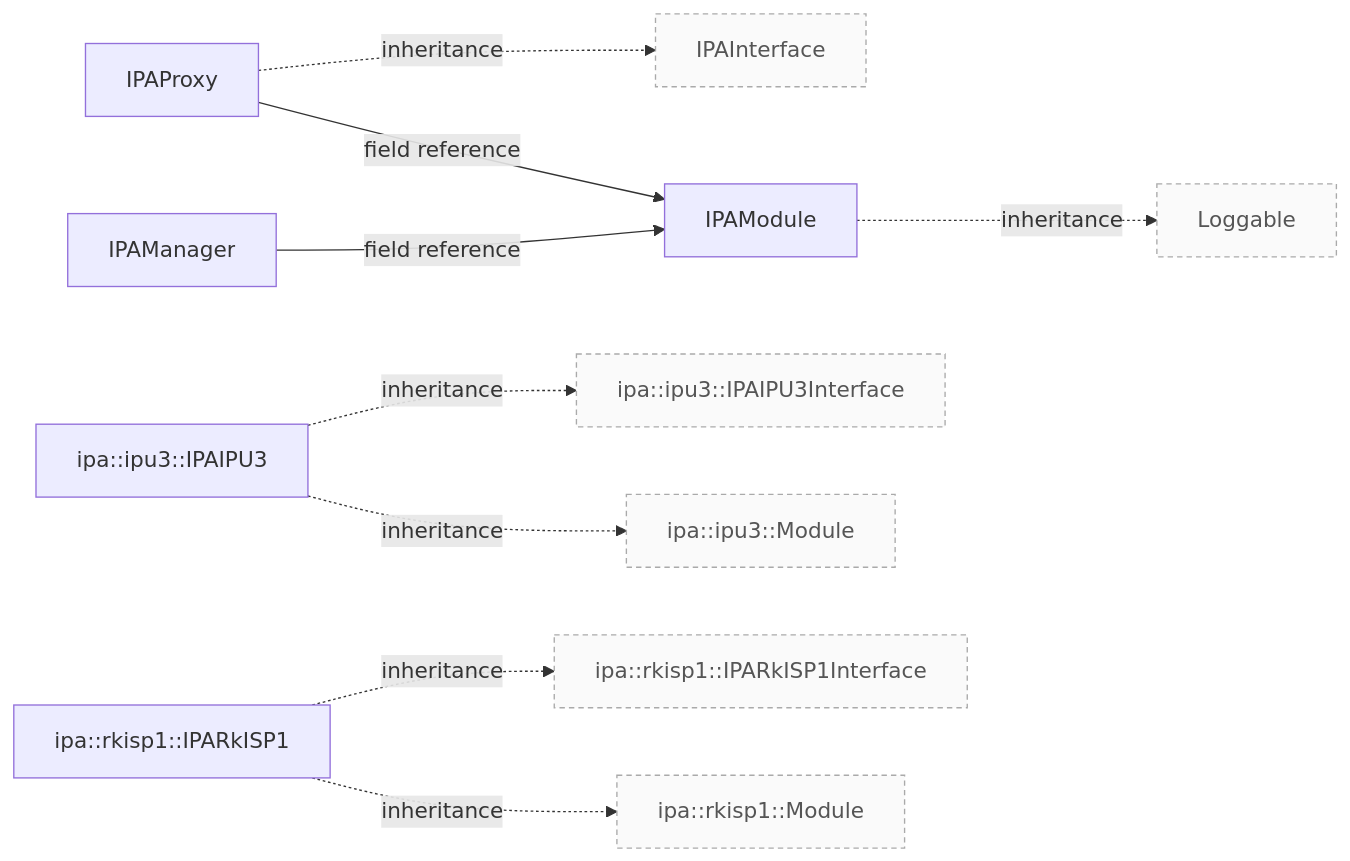
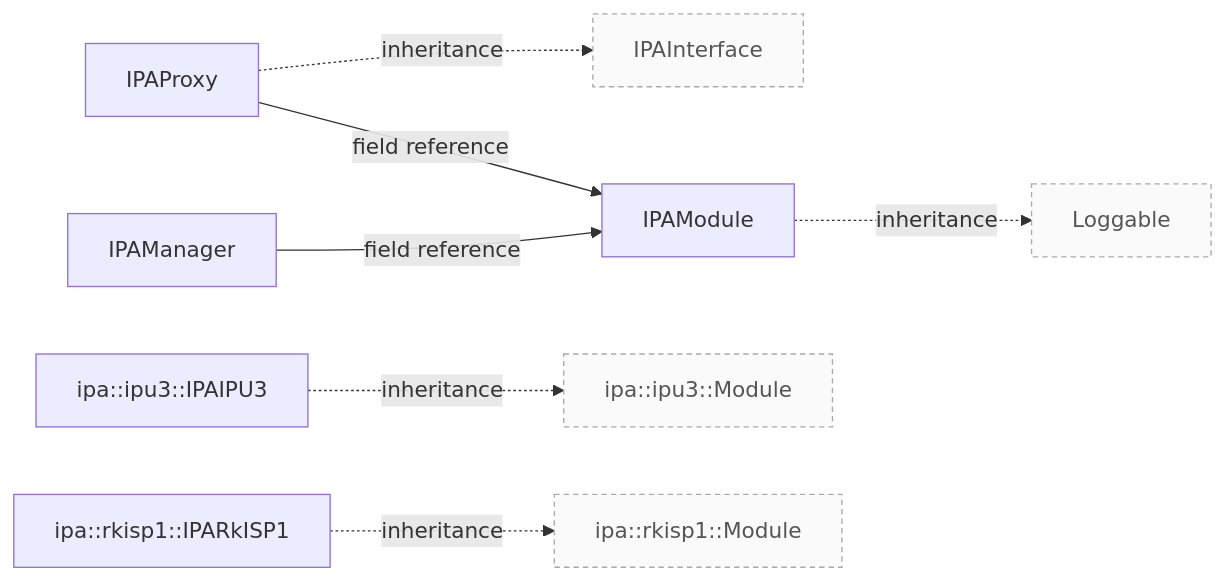
The diagram in docs/en/ipa.mmd (TTolsun/libcamera-sdd), drawn with Mermaid before and after one commit. The commit also changed 302 other files, not shown here.

```diff
--- a/docs/en/ipa.mmd
+++ b/docs/en/ipa.mmd
@@ -1,21 +1,17 @@
 flowchart LR
   c0["IPAInterface"]:::context
   c1["IPAManager"]
   c2["IPAModule"]
   c3["IPAProxy"]
   c4["Loggable"]:::context
   c5["ipa::ipu3::IPAIPU3"]
-  c6["ipa::ipu3::IPAIPU3Interface"]:::context
-  c7["ipa::ipu3::Module"]:::context
-  c8["ipa::rkisp1::IPARkISP1"]
-  c9["ipa::rkisp1::IPARkISP1Interface"]:::context
-  c10["ipa::rkisp1::Module"]:::context
+  c6["ipa::ipu3::Module"]:::context
+  c7["ipa::rkisp1::IPARkISP1"]
+  c8["ipa::rkisp1::Module"]:::context
   c1 -->|field reference| c2
   c2 -.->|inheritance| c4
   c3 -.->|inheritance| c0
   c3 -->|field reference| c2
   c5 -.->|inheritance| c6
-  c5 -.->|inheritance| c7
-  c8 -.->|inheritance| c9
-  c8 -.->|inheritance| c10
+  c7 -.->|inheritance| c8
   classDef context fill:#fafafa,stroke:#aaa,stroke-dasharray:4 3,color:#555
```
